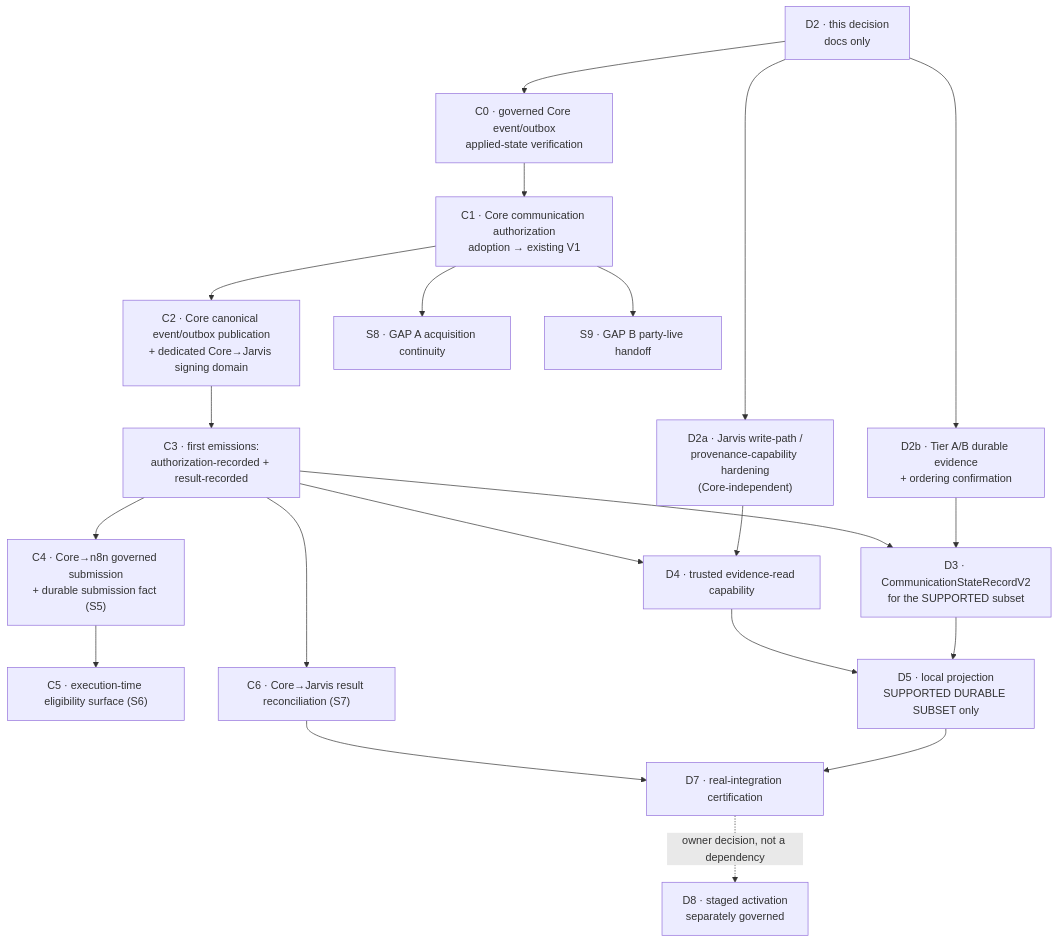
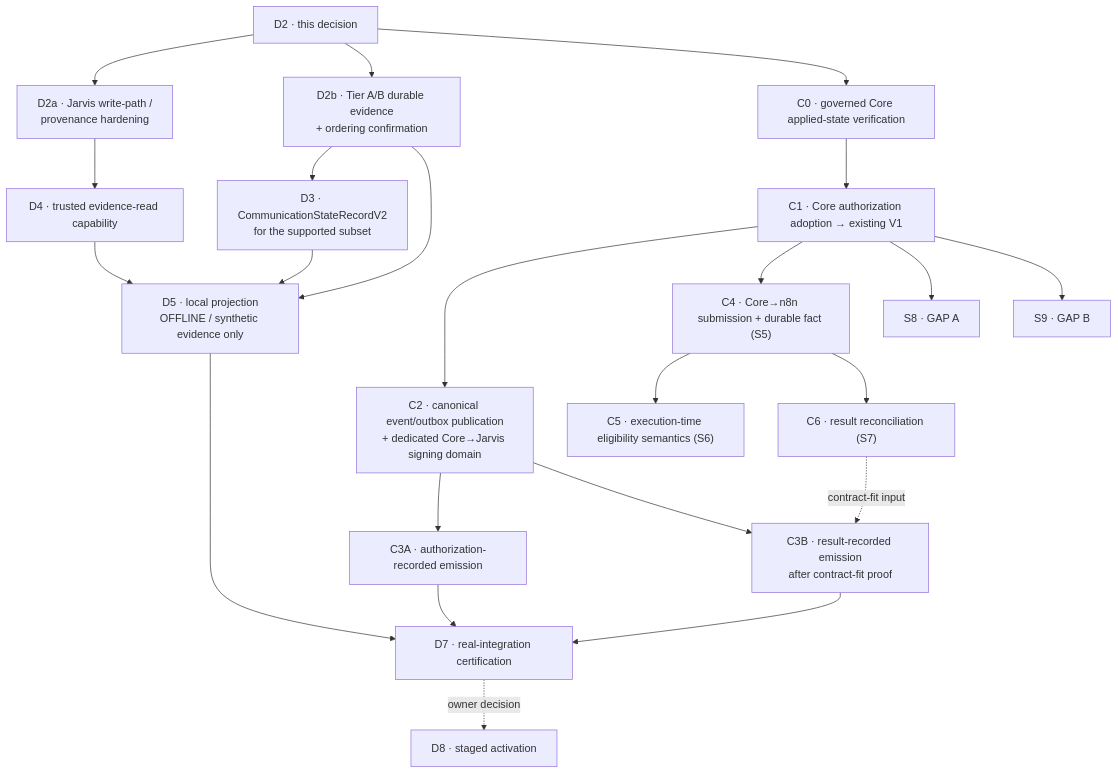
One commit to quickfurno-maker/qf-jarvis changed the diagram in docs/architecture/qfj-p10-core-protocol-event-adoption-plan.md. Above: the diagram before and after it, drawn with Mermaid. The commit also changed other lines of this file and 3 other files, not shown here.

First line of the commit message:
docs(core): align D2 result and fast-track dependencies

````diff
--- a/docs/architecture/qfj-p10-core-protocol-event-adoption-plan.md
+++ b/docs/architecture/qfj-p10-core-protocol-event-adoption-plan.md
@@ -134,37 +229,39 @@
 ```mermaid
 flowchart TD
-    D2["D2 · this decision<br/>docs only"]
-    D2a["D2a · Jarvis write-path /<br/>provenance-capability hardening<br/>(Core-independent)"]
-    C0["C0 · governed Core event/outbox<br/>applied-state verification"]
-    C1["C1 · Core communication authorization<br/>adoption → existing V1"]
-    C2["C2 · Core canonical event/outbox publication<br/>+ dedicated Core→Jarvis signing domain"]
-    C3["C3 · first emissions:<br/>authorization-recorded + result-recorded"]
-    C4["C4 · Core→n8n governed submission<br/>+ durable submission fact (S5)"]
-    C5["C5 · execution-time eligibility surface (S6)"]
-    C6["C6 · Core→Jarvis result reconciliation (S7)"]
+    D2["D2 · this decision"]
+    D2a["D2a · Jarvis write-path /<br/>provenance hardening"]
     D2b["D2b · Tier A/B durable evidence<br/>+ ordering confirmation"]
-    D3["D3 · CommunicationStateRecordV2<br/>for the SUPPORTED subset"]
     D4["D4 · trusted evidence-read capability"]
-    D5["D5 · local projection<br/>SUPPORTED DURABLE SUBSET only"]
-    S8["S8 · GAP A acquisition continuity"]
-    S9["S9 · GAP B party-live handoff"]
+    D3["D3 · CommunicationStateRecordV2<br/>for the supported subset"]
+    D5["D5 · local projection<br/>OFFLINE / synthetic evidence only"]
+    C0["C0 · governed Core applied-state verification"]
+    C1["C1 · Core authorization adoption → existing V1"]
+    C2["C2 · canonical event/outbox publication<br/>+ dedicated Core→Jarvis signing domain"]
+    C3A["C3A · authorization-recorded emission"]
+    C3B["C3B · result-recorded emission<br/>after contract-fit proof"]
+    C4["C4 · Core→n8n submission + durable fact (S5)"]
+    C5["C5 · execution-time eligibility semantics (S6)"]
+    C6["C6 · result reconciliation (S7)"]
+    S8["S8 · GAP A"]
+    S9["S9 · GAP B"]
     D7["D7 · real-integration certification"]
-    D8["D8 · staged activation<br/>separately governed"]
+    D8["D8 · staged activation"]
 
-    D2 --> D2a
-    D2 --> C0 --> C1 --> C2 --> C3
-    C3 --> C4 --> C5
-    C3 --> C6
-    D2 --> D2b
-    D2b --> D3
-    C3 --> D3
-    D2a --> D4
-    C3 --> D4
+    D2 --> D2a --> D4
+    D2 --> D2b --> D3
     D3 --> D5
     D4 --> D5
+    D2b --> D5
+    D2 --> C0 --> C1 --> C2
+    C2 --> C3A
+    C2 --> C3B
+    C1 --> C4 --> C5
+    C4 --> C6
+    C6 -.contract-fit input.-> C3B
     C1 --> S8
     C1 --> S9
     D5 --> D7
-    C6 --> D7
-    D7 -.owner decision, not a dependency.-> D8
+    C3A --> D7
+    C3B --> D7
+    D7 -.owner decision.-> D8
 ```
````
